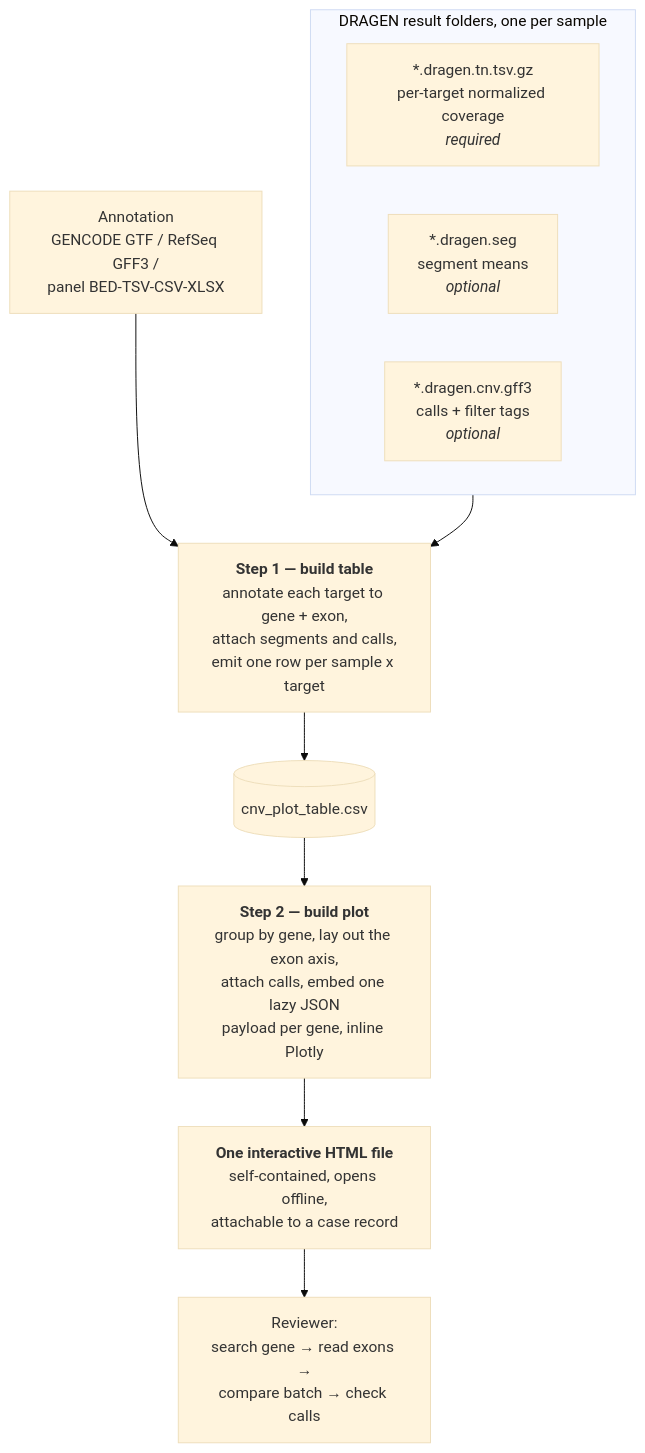
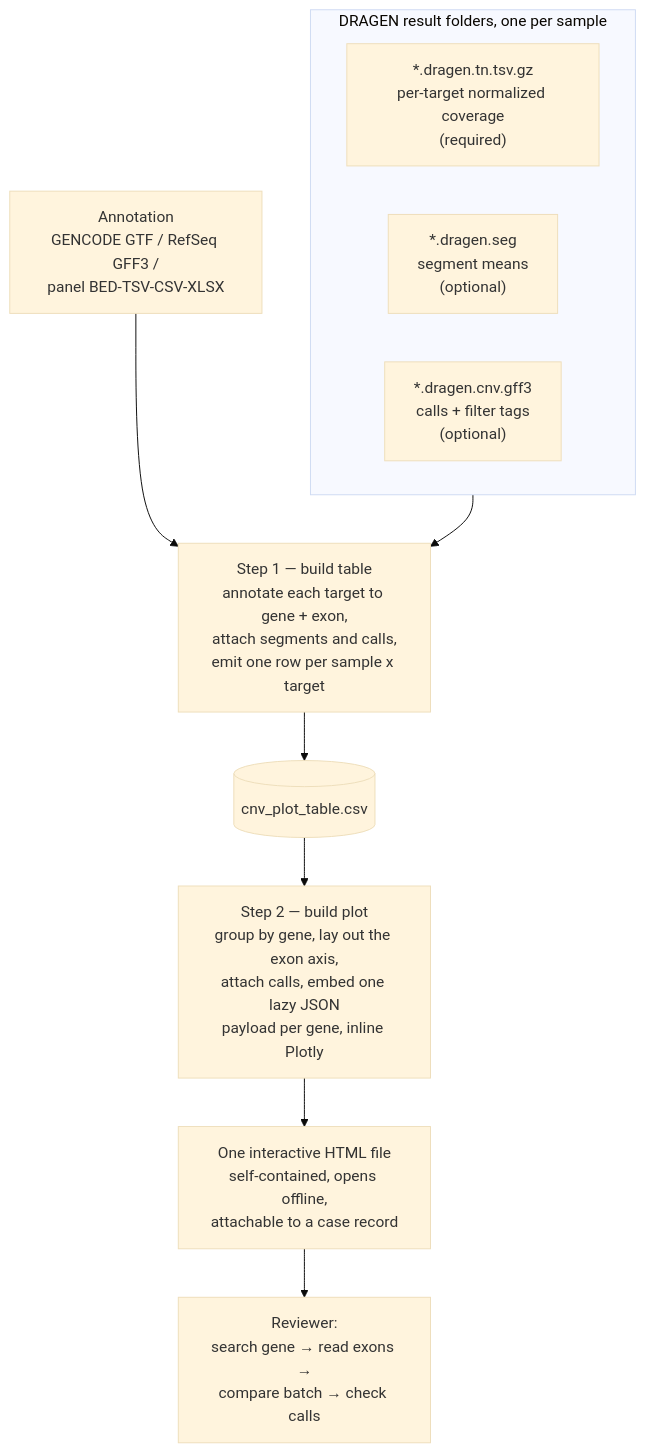
Before and after one commit to woongjaejung/dragen-cnv-plot-builder-showcase: the diagram in README.md, drawn with Mermaid (base theme). The commit also changed 1 other file, not shown here.

Commit message:
Mark vendored and generated files; drop HTML tags from the mermaid diagram
GitHub renders mermaid with HTML labels disabled, so <b>/<i> would have
shown as literal text in the flow diagram. .gitattributes keeps the
vendored Plotly bundle and the generated demo page out of the language
statistics.

````diff
--- a/README.md
+++ b/README.md
@@ -84,17 +84,17 @@
 ```mermaid
 flowchart TB
     subgraph IN["DRAGEN result folders, one per sample"]
-        A1["*.dragen.tn.tsv.gz<br/>per-target normalized coverage<br/><i>required</i>"]
-        A2["*.dragen.seg<br/>segment means<br/><i>optional</i>"]
-        A3["*.dragen.cnv.gff3<br/>calls + filter tags<br/><i>optional</i>"]
+        A1["*.dragen.tn.tsv.gz<br/>per-target normalized coverage<br/>(required)"]
+        A2["*.dragen.seg<br/>segment means<br/>(optional)"]
+        A3["*.dragen.cnv.gff3<br/>calls + filter tags<br/>(optional)"]
     end
     ANN["Annotation<br/>GENCODE GTF / RefSeq GFF3 /<br/>panel BED-TSV-CSV-XLSX"]
 
-    IN --> S1["<b>Step 1 — build table</b><br/>annotate each target to gene + exon,<br/>attach segments and calls,<br/>emit one row per sample x target"]
+    IN --> S1["Step 1 — build table<br/>annotate each target to gene + exon,<br/>attach segments and calls,<br/>emit one row per sample x target"]
     ANN --> S1
     S1 --> T[("cnv_plot_table.csv")]
-    T --> S2["<b>Step 2 — build plot</b><br/>group by gene, lay out the exon axis,<br/>attach calls, embed one lazy JSON<br/>payload per gene, inline Plotly"]
-    S2 --> H["<b>One interactive HTML file</b><br/>self-contained, opens offline,<br/>attachable to a case record"]
+    T --> S2["Step 2 — build plot<br/>group by gene, lay out the exon axis,<br/>attach calls, embed one lazy JSON<br/>payload per gene, inline Plotly"]
+    S2 --> H["One interactive HTML file<br/>self-contained, opens offline,<br/>attachable to a case record"]
 
     H --> R["Reviewer:<br/>search gene → read exons →<br/>compare batch → check calls"]
 ```
````
